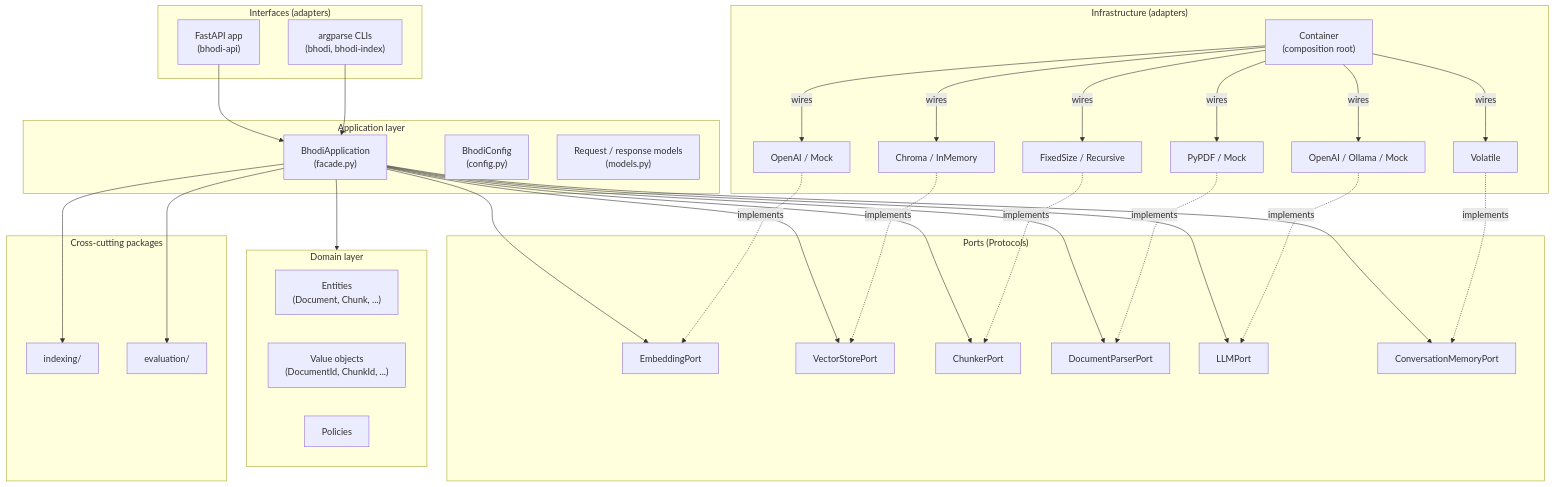
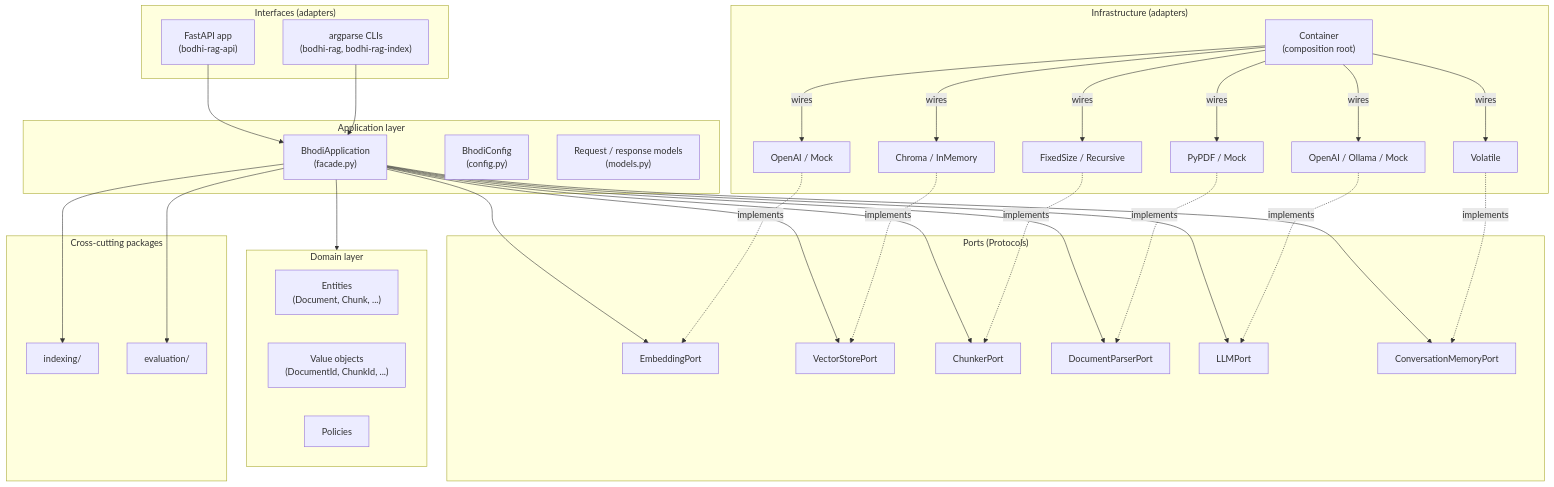
Before and after one commit to 4nibhal/Bhodi: the diagram in README.md, drawn with Mermaid. The commit also changed other lines of this file and 205 other files, not shown here.

````diff
--- a/README.md
+++ b/README.md
@@ -179,71 +179,71 @@
 ```mermaid
 flowchart TB
     subgraph Interfaces["Interfaces (adapters)"]
-        API["FastAPI app<br/>(bhodi-api)"]
-        CLI["argparse CLIs<br/>(bhodi, bhodi-index)"]
+        API["FastAPI app<br/>(bodhi-rag-api)"]
+        CLI["argparse CLIs<br/>(bodhi-rag, bodhi-rag-index)"]
     end
 
     subgraph Application["Application layer"]
         Facade["BhodiApplication<br/>(facade.py)"]
         Config["BhodiConfig<br/>(config.py)"]
         Models["Request / response models<br/>(models.py)"]
     end
 
     subgraph Domain["Domain layer"]
         Entities["Entities<br/>(Document, Chunk, ...)"]
         VO["Value objects<br/>(DocumentId, ChunkId, ...)"]
         Policy["Policies"]
     end
 
     subgraph Ports["Ports (Protocols)"]
         EP["EmbeddingPort"]
         VP["VectorStorePort"]
         CP["ChunkerPort"]
         DP["DocumentParserPort"]
         LP["LLMPort"]
         CMPort["ConversationMemoryPort"]
     end
 
     subgraph Infra["Infrastructure (adapters)"]
         Embed["OpenAI / Mock"]
         Store["Chroma / InMemory"]
         Chunk["FixedSize / Recursive"]
         Parse["PyPDF / Mock"]
         LLM["OpenAI / Ollama / Mock"]
         CMem["Volatile"]
         Container["Container<br/>(composition root)"]
     end
 
     subgraph Cross["Cross-cutting packages"]
         Indexing["indexing/"]
         Evaluation["evaluation/"]
     end
 
     API --> Facade
     CLI --> Facade
 
     Facade --> EP
     Facade --> VP
     Facade --> CP
     Facade --> DP
     Facade --> LP
     Facade --> CMPort
 
     Container -- wires --> Embed
     Container -- wires --> Store
     Container -- wires --> Chunk
     Container -- wires --> Parse
     Container -- wires --> LLM
     Container -- wires --> CMem
 
     Embed -. implements .-> EP
     Store -. implements .-> VP
     Chunk -. implements .-> CP
     Parse -. implements .-> DP
     LLM -. implements .-> LP
     CMem -. implements .-> CMPort
 
     Facade --> Domain
     Facade --> Indexing
     Facade --> Evaluation
 ```
````
